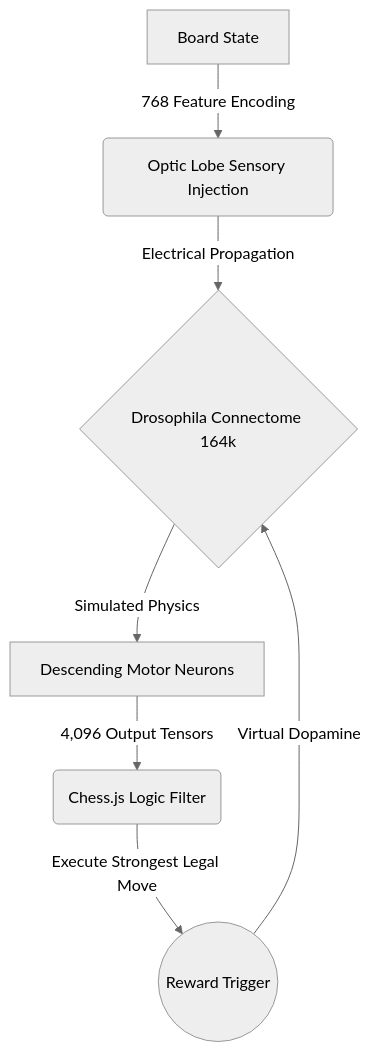
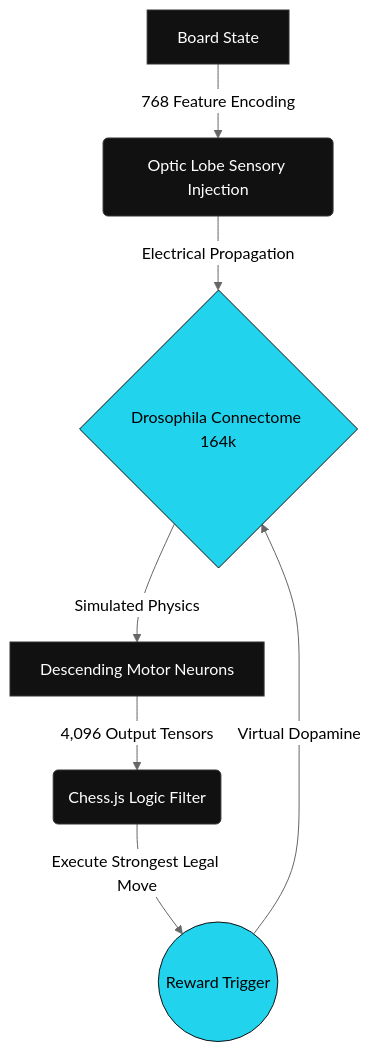
Before and after one commit to AdilSiddiquiHQ/fly-connectome-chess: the diagram in README.md, drawn with Mermaid (neutral theme). The commit also changed other lines of this file, not shown here.

Commit message:
Overhaul README to top 0.00001% styling with custom SVG banners, dark mode badges, Mermaid dark theme, and grid layouts

````diff
--- a/README.md
+++ b/README.md
@@ -50,9 +64,12 @@
 ```mermaid
 graph TD
-    A[Board State] -->|768 Feature Encoding| B(Optic Lobe Sensory Injection)
-    B -->|Electrical Propagation| C{Drosophila Connectome 164k}
-    C -->|Simulated Physics| D[Descending Motor Neurons]
-    D -->|4,096 Output Tensors| E(Chess.js Logic Filter)
-    E -->|Execute Strongest Legal Move| F((Reward Trigger))
+    classDef default fill:#111,stroke:#333,stroke-width:1px,color:#fff;
+    classDef highlight fill:#22D3EE,stroke:#111,stroke-width:1px,color:#000;
+
+    A[Board State]:::default -->|768 Feature Encoding| B(Optic Lobe Sensory Injection):::default
+    B -->|Electrical Propagation| C{Drosophila Connectome 164k}:::highlight
+    C -->|Simulated Physics| D[Descending Motor Neurons]:::default
+    D -->|4,096 Output Tensors| E(Chess.js Logic Filter):::default
+    E -->|Execute Strongest Legal Move| F((Reward Trigger)):::highlight
     F -->|Virtual Dopamine| C
 ```
````
